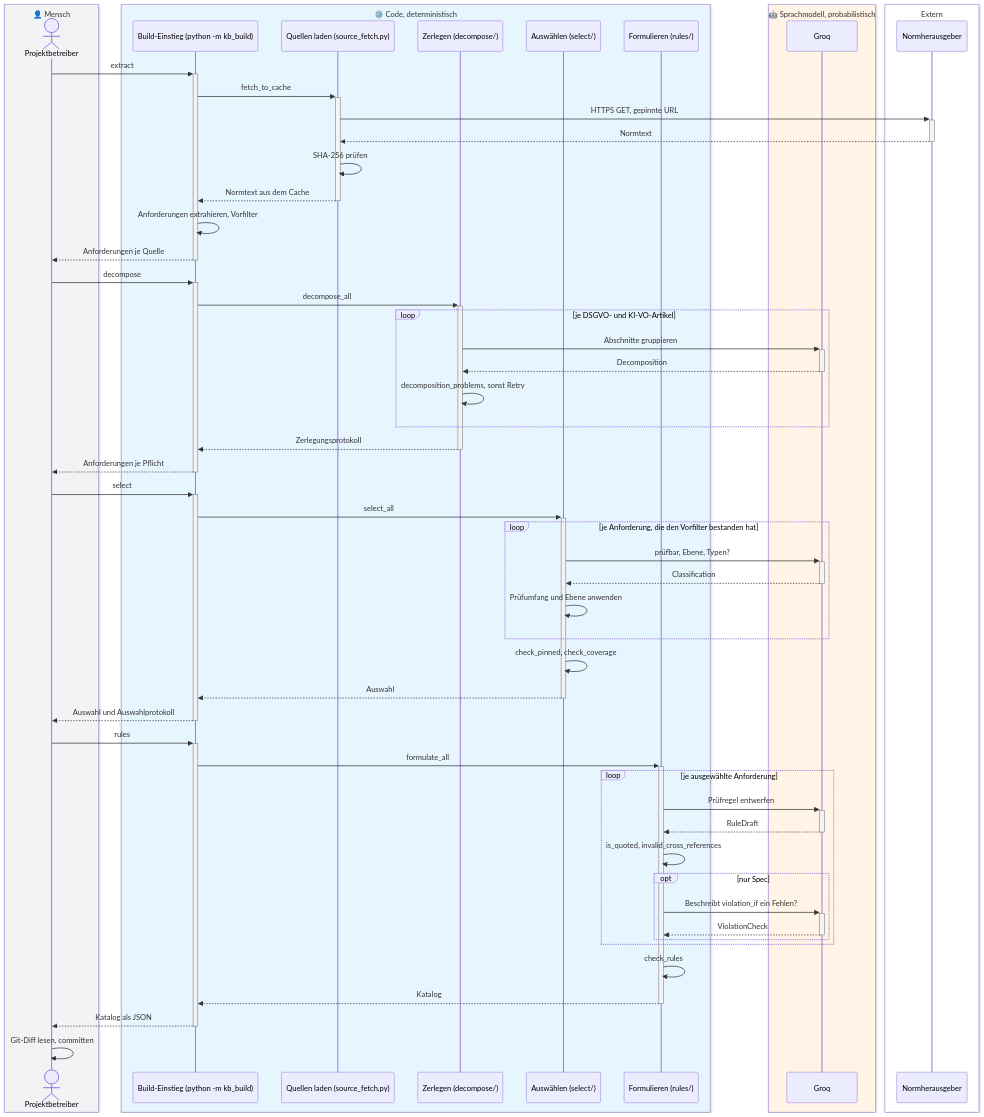
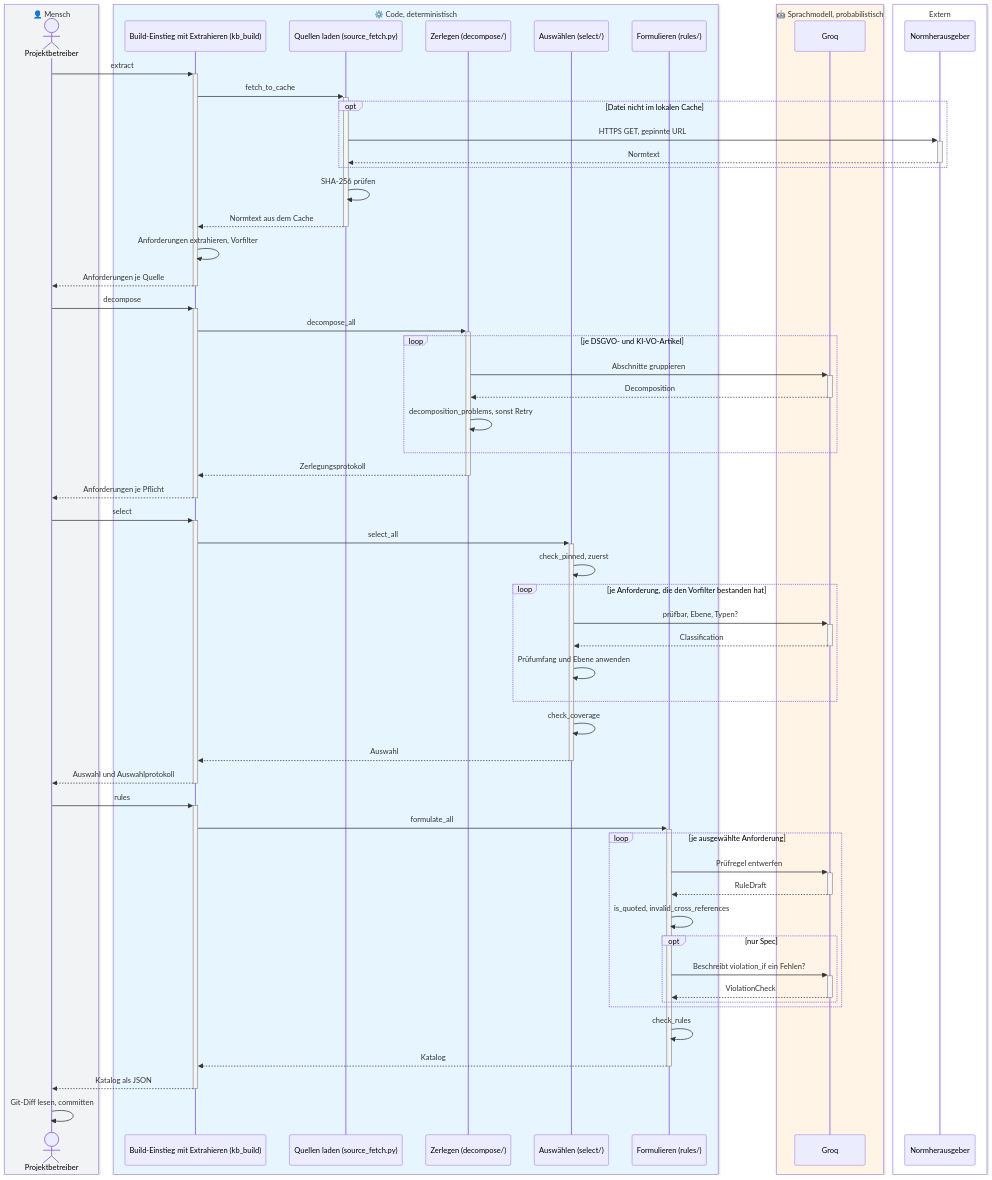
Diagram 14 of 23 in docs/ARCHITECTURE.md (Daniel74/GovGuard), drawn with Mermaid before and after one commit. The commit also changed other lines of this file and 5 other files, not shown here.

Commit message:
#73 Architecture and Funktionsweise - Final Draft

````diff
--- a/docs/ARCHITECTURE.md
+++ b/docs/ARCHITECTURE.md
@@ -1750,61 +1467,64 @@
 ```mermaid
 sequenceDiagram
   box rgb(241,243,245) 👤 Mensch
     actor B as Projektbetreiber
   end
   box rgb(231,245,255) ⚙️ Code, deterministisch
-    participant K as Build-Einstieg (python -m kb_build)
+    participant K as Build-Einstieg mit Extrahieren (kb_build)
     participant F as Quellen laden (source_fetch.py)
     participant D as Zerlegen (decompose/)
     participant S as Auswählen (select/)
     participant R as Formulieren (rules/)
   end
   box rgb(255,244,230) 🤖 Sprachmodell, probabilistisch
     participant M as Groq
   end
   box rgb(255,255,255) Extern
     participant N as Normherausgeber
   end
   B->>+K: extract
   K->>+F: fetch_to_cache
-  F->>+N: HTTPS GET, gepinnte URL
-  N-->>-F: Normtext
+  opt Datei nicht im lokalen Cache
+    F->>+N: HTTPS GET, gepinnte URL
+    N-->>-F: Normtext
+  end
   F->>F: SHA-256 prüfen
   F-->>-K: Normtext aus dem Cache
   K->>K: Anforderungen extrahieren, Vorfilter
   K-->>-B: Anforderungen je Quelle
   B->>+K: decompose
   K->>+D: decompose_all
   loop je DSGVO- und KI-VO-Artikel
     D->>+M: Abschnitte gruppieren
     M-->>-D: Decomposition
     D->>D: decomposition_problems, sonst Retry
   end
   D-->>-K: Zerlegungsprotokoll
   K-->>-B: Anforderungen je Pflicht
   B->>+K: select
   K->>+S: select_all
+  S->>S: check_pinned, zuerst
   loop je Anforderung, die den Vorfilter bestanden hat
     S->>+M: prüfbar, Ebene, Typen?
     M-->>-S: Classification
     S->>S: Prüfumfang und Ebene anwenden
   end
-  S->>S: check_pinned, check_coverage
+  S->>S: check_coverage
   S-->>-K: Auswahl
   K-->>-B: Auswahl und Auswahlprotokoll
   B->>+K: rules
   K->>+R: formulate_all
   loop je ausgewählte Anforderung
     R->>+M: Prüfregel entwerfen
     M-->>-R: RuleDraft
     R->>R: is_quoted, invalid_cross_references
     opt nur Spec
       R->>+M: Beschreibt violation_if ein Fehlen?
       M-->>-R: ViolationCheck
     end
   end
   R->>R: check_rules
   R-->>-K: Katalog
   K-->>-B: Katalog als JSON
   B->>B: Git-Diff lesen, committen
 ```
````
